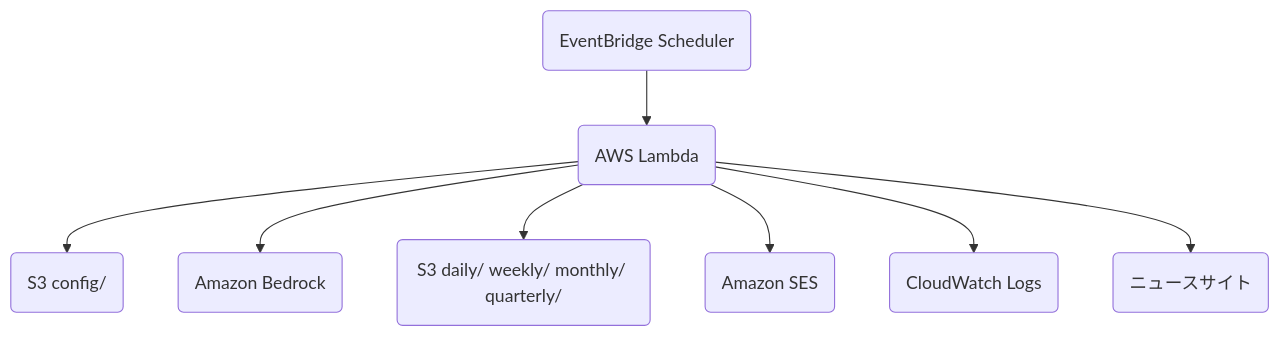
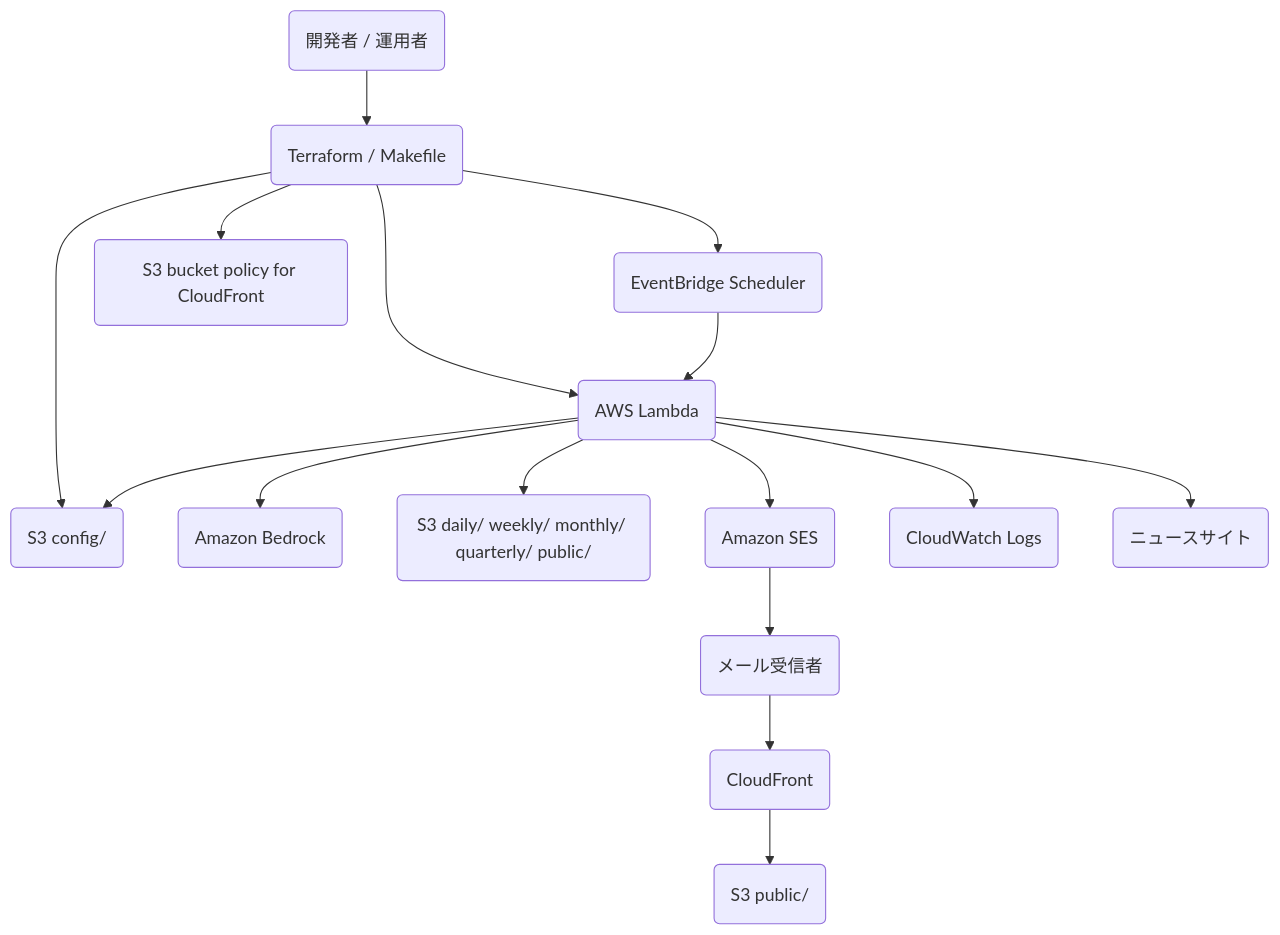
The diagram in README.md (KillerBee-0826/autollmgetter), drawn with Mermaid before and after one commit. The commit also changed other lines of this file, not shown here.

````diff
--- a/README.md
+++ b/README.md
@@ -7,10 +7,18 @@
 ```mermaid
 graph TD
+    Operator(開発者 / 運用者) --> Terraform(Terraform / Makefile)
+    Terraform --> EventBridge(EventBridge Scheduler)
+    Terraform --> Lambda(AWS Lambda)
+    Terraform --> S3Config(S3 config/)
+    Terraform --> S3Policy(S3 bucket policy for CloudFront)
     EventBridge(EventBridge Scheduler) --> Lambda(AWS Lambda)
     Lambda --> S3Config(S3 config/)
     Lambda --> Bedrock(Amazon Bedrock)
-    Lambda --> S3Output(S3 daily/ weekly/ monthly/ quarterly/)
+    Lambda --> S3Output(S3 daily/ weekly/ monthly/ quarterly/ public/)
     Lambda --> SES(Amazon SES)
     Lambda --> CloudWatch(CloudWatch Logs)
     Lambda --> NewsSites(ニュースサイト)
+    SES --> Mail(メール受信者)
+    Mail --> CloudFront(CloudFront)
+    CloudFront --> S3Public(S3 public/)
 ```
````
